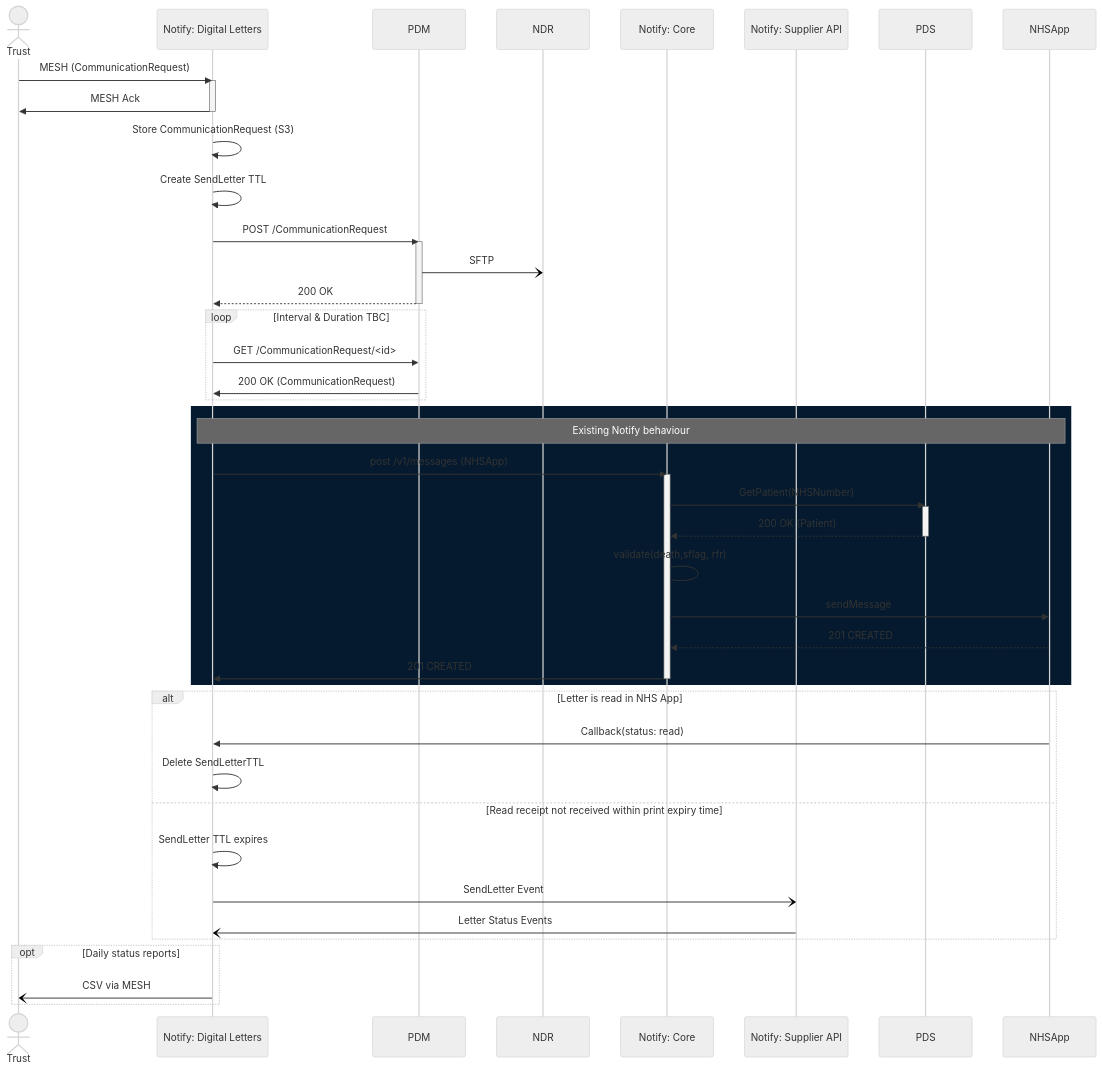
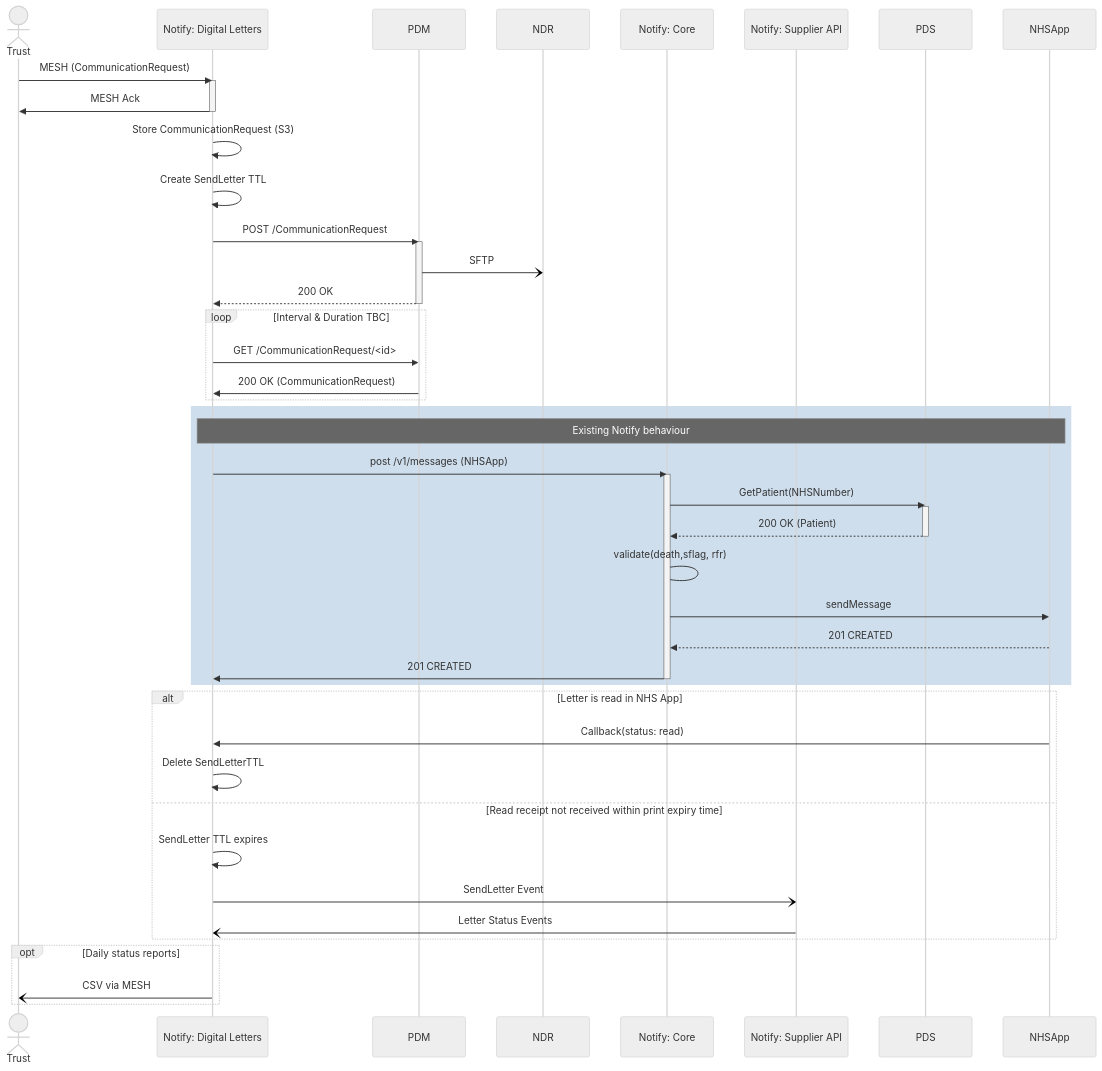
Before and after one commit to NHSDigital/nhs-notify-digital-letters: the diagram in docs/diagrams/digital-letters-sequence.md, drawn with Mermaid (neutral theme). The commit also changed 2 other files, not shown here.

Commit message:
CCM-12605: Added PDM Component diagrams

````diff
--- a/docs/diagrams/digital-letters-sequence.md
+++ b/docs/diagrams/digital-letters-sequence.md
@@ -26,56 +26,56 @@
 ```mermaid
 
 sequenceDiagram
   actor trust as Trust
   participant notify-letters as Notify: Digital Letters
   participant pdm as PDM
   participant ndr as NDR
   participant notify-core as Notify: Core
   participant notify-supplier as Notify: Supplier API
   participant pds as PDS
   participant nhsapp as NHSApp
 
 
   trust ->> notify-letters: MESH (CommunicationRequest)
   activate notify-letters
       notify-letters ->> trust: MESH Ack
   deactivate notify-letters
   notify-letters ->> notify-letters: Store CommunicationRequest (S3)
   notify-letters ->> notify-letters: Create SendLetter TTL
   notify-letters ->> pdm: POST /CommunicationRequest
   activate pdm
   pdm -) ndr: SFTP
   pdm -->> notify-letters: 200 OK
   deactivate pdm
   Loop Interval & Duration TBC
     notify-letters ->> pdm: GET /CommunicationRequest/<id>
     pdm ->> notify-letters: 200 OK (CommunicationRequest)
   end
-  rect rgba(5, 26, 46, 1)
+  rect rgba(92, 145, 196, 0.3)
     note over notify-letters,nhsapp: Existing Notify behaviour
     notify-letters ->> notify-core: post /v1/messages (NHSApp)
     activate notify-core
       notify-core ->> pds: GetPatient(NHSNumber)
       activate pds
         pds -->> notify-core: 200 OK (Patient)
       deactivate pds
       notify-core -> notify-core: validate(death,sflag, rfr)
       notify-core ->> nhsapp: sendMessage
       nhsapp -->> notify-core: 201 CREATED
       notify-core ->> notify-letters: 201 CREATED
     deactivate notify-core
   end
 
   alt Letter is read in NHS App
     nhsapp ->> notify-letters: Callback(status: read)
     notify-letters ->> notify-letters: Delete SendLetterTTL
   else Read receipt not received within print expiry time
     notify-letters ->> notify-letters: SendLetter TTL expires
     notify-letters -) notify-supplier: SendLetter Event
     notify-supplier -) notify-letters: Letter Status Events
   end
   opt Daily status reports
     notify-letters -) trust: CSV via MESH
   end
 
 ```
````
